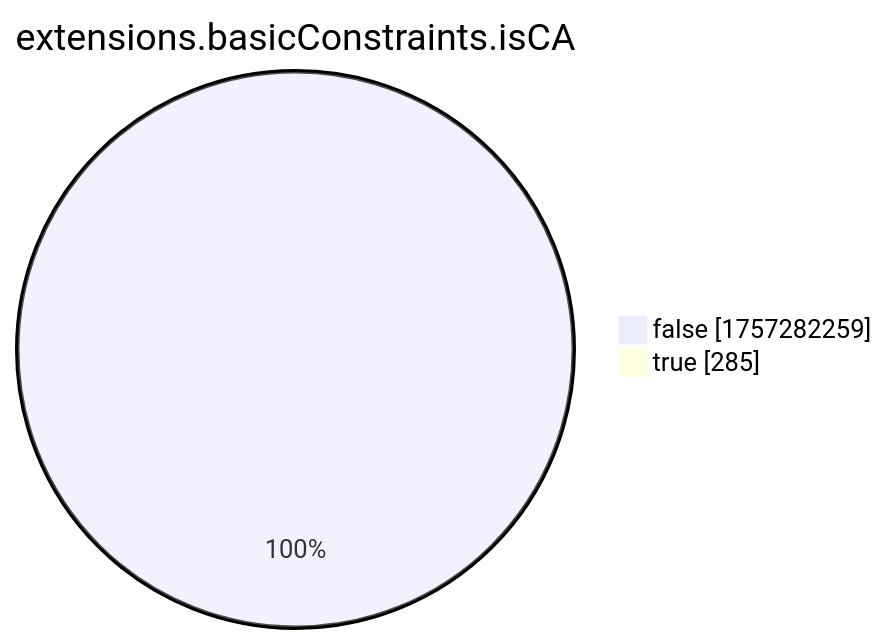
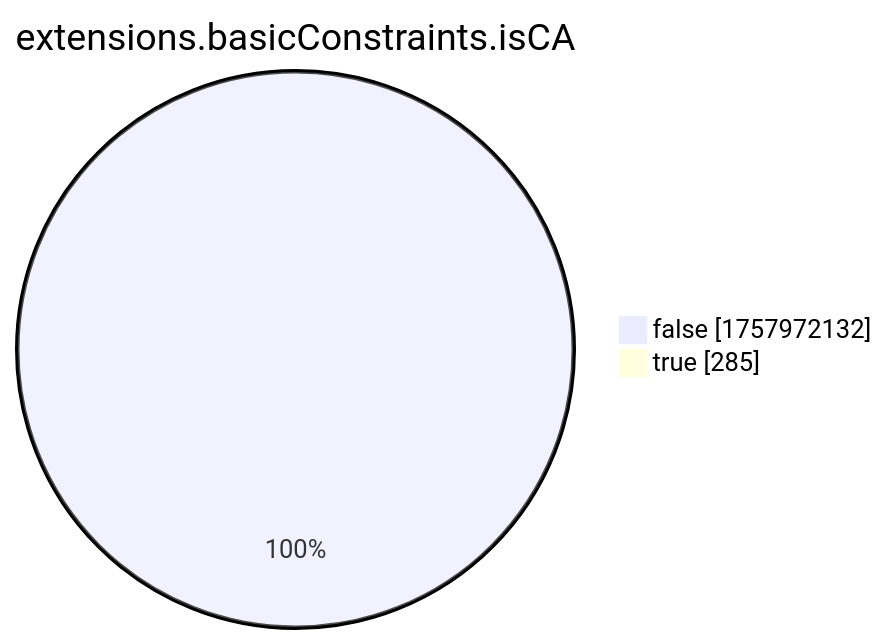
One commit to christiankrug/ctmonitor_visualization changed the eighth of 15 diagrams in xenon2022/README.md. Above: the diagram before and after it, drawn with Mermaid. The commit also changed other lines of this file, not shown here.

````diff
--- a/xenon2022/README.md
+++ b/xenon2022/README.md
@@ -2868,6 +2868,6 @@
 ```mermaid
 pie showData
 title extensions.basicConstraints.isCA
-"false" :1757282259
+"false" :1757972132
 "true" :285
 ```
````
